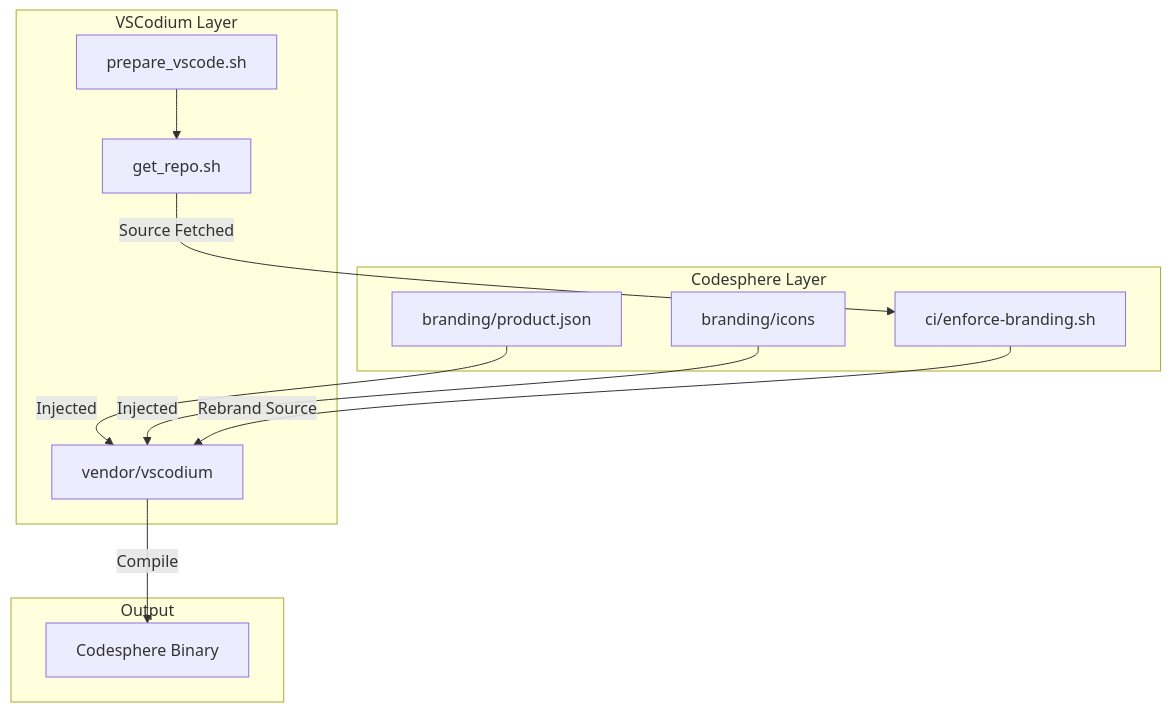
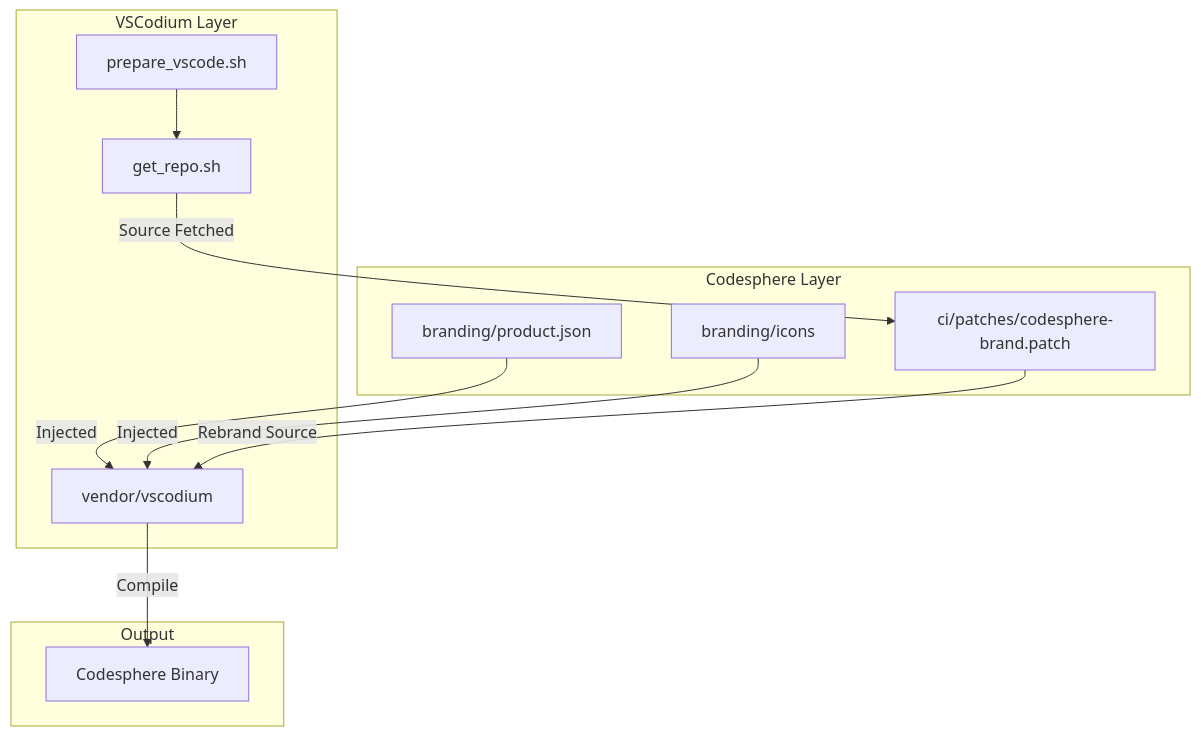
One commit to Gringo2/Dimension-MonoRepo changed the diagram in docs/ARCHITECTURE.md. Above: the diagram before and after it, drawn with Mermaid. The commit also changed other lines of this file and 5 other files, not shown here.

First line of the commit message:
docs: update documentation for patch-based branding system

````diff
--- a/docs/ARCHITECTURE.md
+++ b/docs/ARCHITECTURE.md
@@ -12,25 +12,25 @@
 ```mermaid
 graph TD
     subgraph "Codesphere Layer"
         B[branding/product.json]
         A[branding/icons]
-        S[ci/enforce-branding.sh]
+        S[ci/patches/codesphere-brand.patch]
     end
 
     subgraph "VSCodium Layer"
         V[vendor/vscodium]
         P[prepare_vscode.sh]
         G[get_repo.sh]
     end
 
     subgraph "Output"
         R[Codesphere Binary]
     end
 
     B -->|Injected| V
     A -->|Injected| V
     P --> G
     G -->|Source Fetched| S
     S -->|Rebrand Source| V
     V -->|Compile| R
 ```
````
